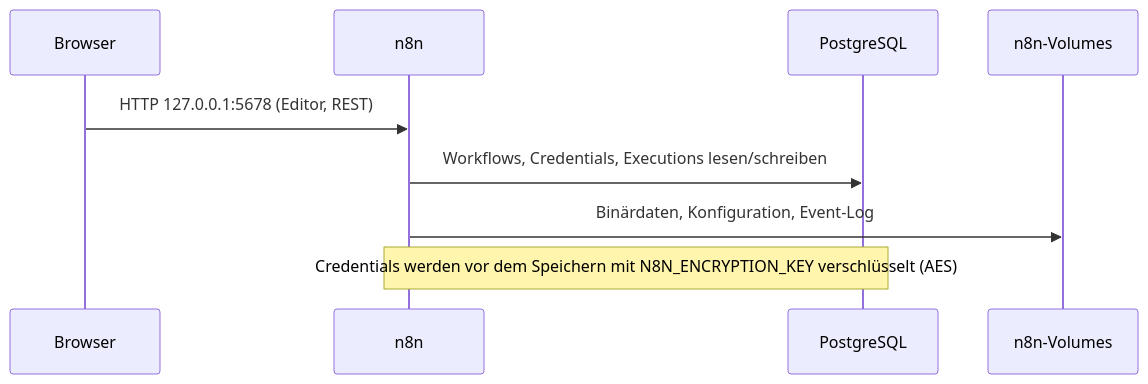
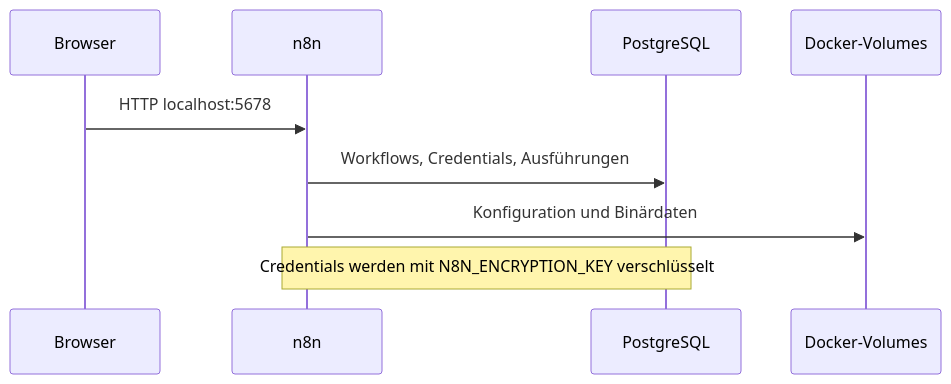
Before and after one commit to TEMKENG/n8n-local: the third of 3 diagrams in docs/architecture.md, drawn with Mermaid. The commit also changed other lines of this file and 14 other files, not shown here.

````diff
--- a/docs/architecture.md
+++ b/docs/architecture.md
@@ -129,12 +98,12 @@
 ```mermaid
 %% svg: dataflow
 sequenceDiagram
   participant Browser
   participant n8n
   participant PG as PostgreSQL
-  participant FS as n8n-Volumes
-  Browser->>n8n: HTTP 127.0.0.1:5678 (Editor, REST)
-  n8n->>PG: Workflows, Credentials, Executions lesen/schreiben
-  n8n->>FS: Binärdaten, Konfiguration, Event-Log
-  Note over n8n,PG: Credentials werden vor dem Speichern mit N8N_ENCRYPTION_KEY verschlüsselt (AES)
+  participant FS as Docker-Volumes
+  Browser->>n8n: HTTP localhost:5678
+  n8n->>PG: Workflows, Credentials, Ausführungen
+  n8n->>FS: Konfiguration und Binärdaten
+  Note over n8n,PG: Credentials werden mit N8N_ENCRYPTION_KEY verschlüsselt
 ```
````
